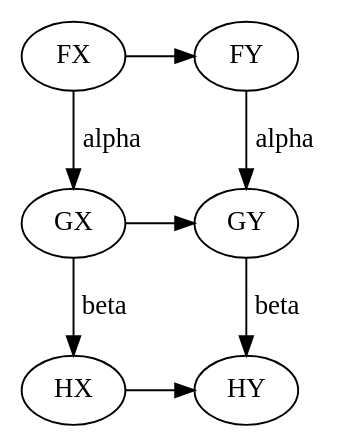
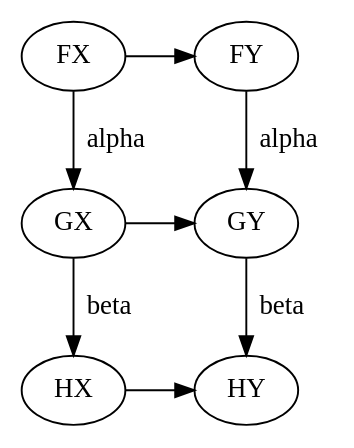
One commit to yugeta/cympfh.github.io changed the diagram in study/category/img/3.dot. Above: the diagram before and after it, drawn with Graphviz. The commit also changed 4 other files, not shown here.

```diff
--- a/study/category/img/3.dot
+++ b/study/category/img/3.dot
@@ -1,12 +1,12 @@
 digraph vc {
   FX -> FY;
   GX -> GY;
   HX -> HY;
-  FX -> GX [label = "alpha"];
-  FY -> GY [label = "alpha"];
-  GX -> HX [label = "beta"];
-  GY -> HY [label = "beta"];
+  FX -> GX [label = " alpha"];
+  FY -> GY [label = " alpha"];
+  GX -> HX [label = " beta"];
+  GY -> HY [label = " beta"];
   {rank=same; FX FY}
   {rank=same; GX GY}
   {rank=same; HX HY}
 }
```
